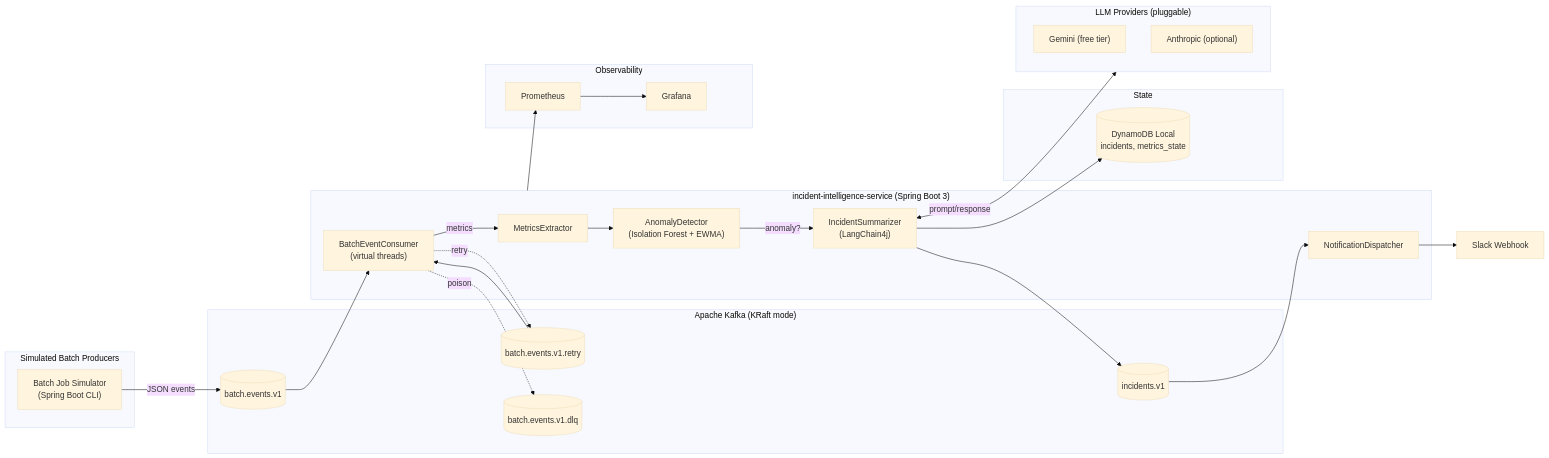
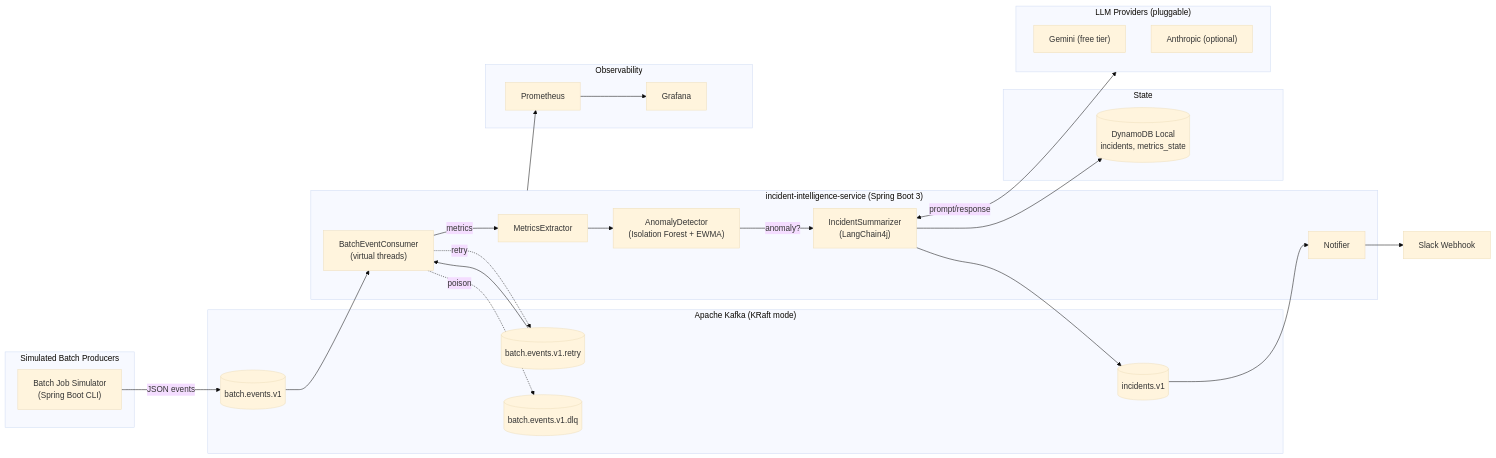
One commit to BibinFrancisK/intelligent-batch-incident-handler changed the diagram in README.md. Above: the diagram before and after it, drawn with Mermaid (base theme). The commit also changed other lines of this file and 14 other files, not shown here.

````diff
--- a/README.md
+++ b/README.md
@@ -21,55 +23,55 @@
 ```mermaid
 flowchart LR
     subgraph PROD["Simulated Batch Producers"]
         P1["Batch Job Simulator\n(Spring Boot CLI)"]
     end
 
     subgraph KAFKA["Apache Kafka (KRaft mode)"]
         T1[("batch.events.v1")]
         T2[("batch.events.v1.retry")]
         T3[("batch.events.v1.dlq")]
         T4[("incidents.v1")]
     end
 
     subgraph APP["incident-intelligence-service (Spring Boot 3)"]
         C1["BatchEventConsumer\n(virtual threads)"]
         M1["MetricsExtractor"]
         A1["AnomalyDetector\n(Isolation Forest + EWMA)"]
         L1["IncidentSummarizer\n(LangChain4j)"]
-        N1["NotificationDispatcher"]
+        N1["Notifier"]
     end
 
     subgraph STORE["State"]
         D1[("DynamoDB Local\nincidents, metrics_state")]
     end
 
     subgraph OBS["Observability"]
         PR["Prometheus"]
         GR["Grafana"]
     end
 
     subgraph LLM["LLM Providers (pluggable)"]
         G1["Gemini (free tier)"]
         AN["Anthropic (optional)"]
     end
 
     SL["Slack Webhook"]
 
     P1 -->|JSON events| T1
     T1 --> C1
     C1 -->|metrics| M1
     M1 --> A1
     A1 -->|anomaly?| L1
     L1 <-->|prompt/response| LLM
     L1 --> T4
     L1 --> D1
     N1 --> SL
     T4 --> N1
 
     C1 -.retry.-> T2
     T2 --> C1
     C1 -.poison.-> T3
 
     APP --> PR
     PR --> GR
 ```
````
